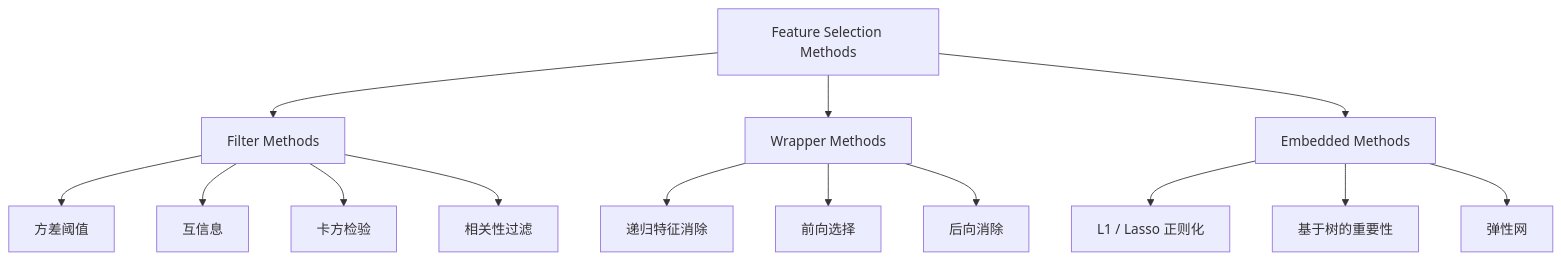
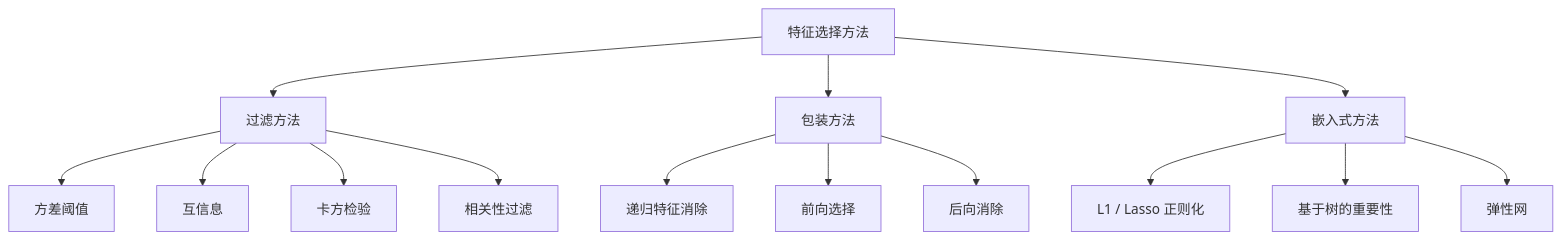
Before and after one commit to huangyue12120/Learning-Atlas: the first of 4 diagrams in content/translations/practice/02-ml-fundamentals/18-feature-selection/zh.md, drawn with Mermaid. The commit also changed other lines of this file and 24 other files, not shown here.

Commit message:
fix(reader): localize Mermaid in source content

````diff
--- a/content/translations/practice/02-ml-fundamentals/18-feature-selection/zh.md
+++ b/content/translations/practice/02-ml-fundamentals/18-feature-selection/zh.md
@@ -42,19 +42,19 @@
 ```mermaid
 flowchart TD
-    A[Feature Selection Methods] --> B[Filter Methods]
-    A --> C[Wrapper Methods]
-    A --> D[Embedded Methods]
+    A[特征选择方法] --> B[过滤方法]
+    A --> C[包装方法]
+    A --> D[嵌入式方法]
 
     B --> B1["方差阈值"]
     B --> B2["互信息"]
     B --> B3["卡方检验"]
     B --> B4["相关性过滤"]
 
     C --> C1["递归特征消除"]
     C --> C2["前向选择"]
     C --> C3["后向消除"]
 
     D --> D1["L1 / Lasso 正则化"]
     D --> D2["基于树的重要性"]
     D --> D3["弹性网"]
 ```
````
